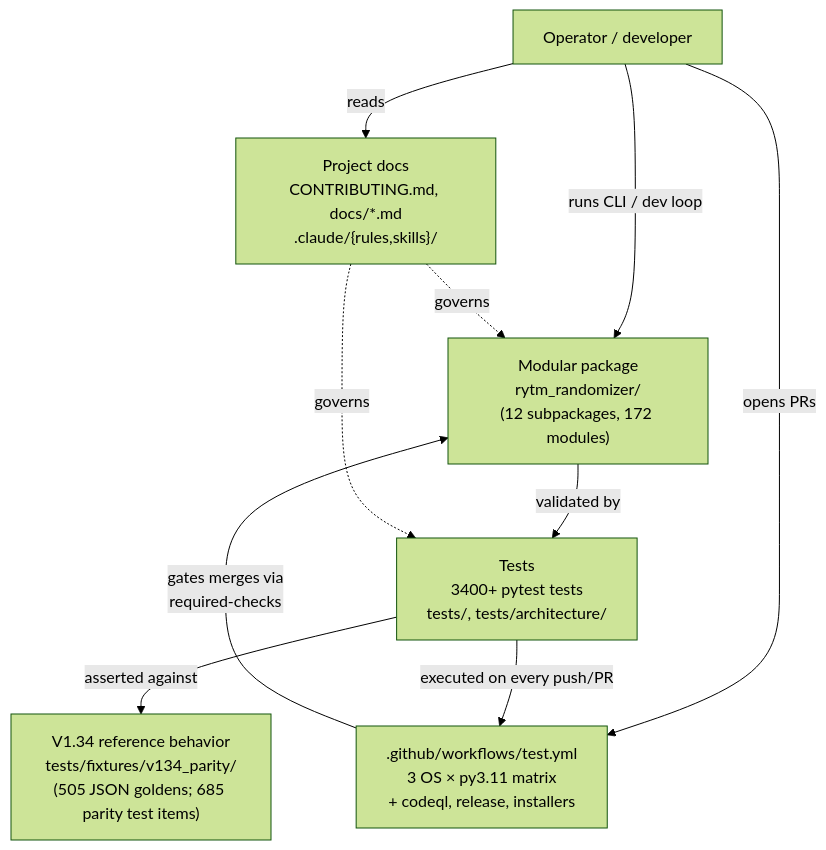
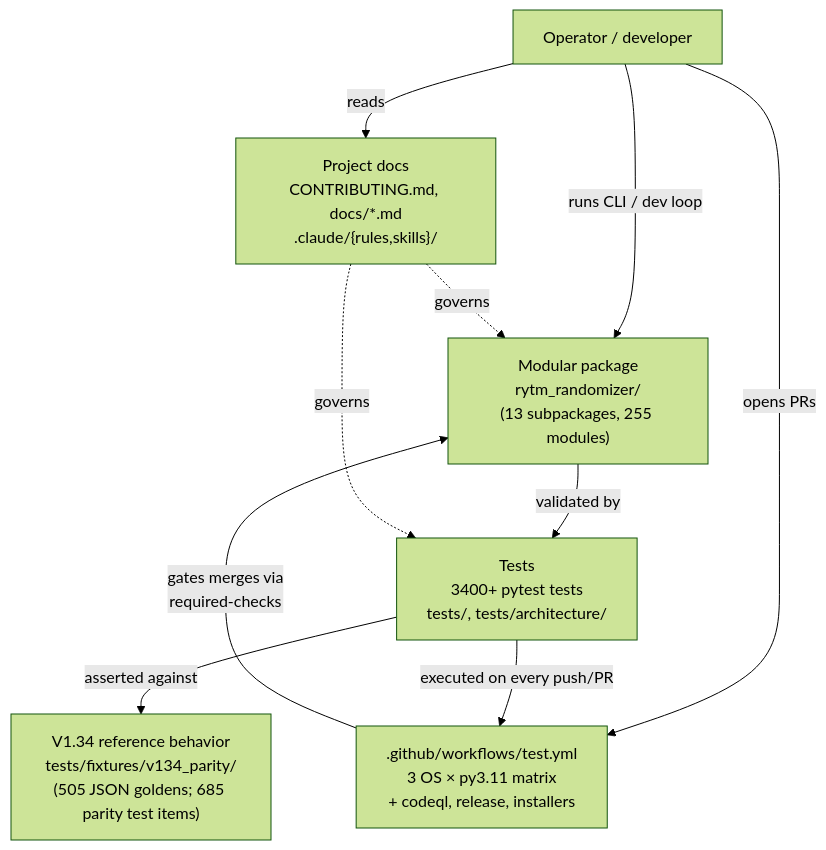
One commit to buzzijose-hub/RytmRandomizer changed the first of 34 diagrams in docs/ARCHITECTURE_DIAGRAMS.md. Above: the diagram before and after it, drawn with Mermaid (forest theme). The commit also changed other lines of this file and 15 other files, not shown here.

````diff
--- a/docs/ARCHITECTURE_DIAGRAMS.md
+++ b/docs/ARCHITECTURE_DIAGRAMS.md
@@ -47,22 +47,22 @@
 ```mermaid
 flowchart TB
     User["Operator / developer"]
     V134["V1.34 reference behavior<br/>tests/fixtures/v134_parity/<br/>(505 JSON goldens; 685 parity test items)"]
-    Package["Modular package<br/>rytm_randomizer/<br/>(12 subpackages, 172 modules)"]
+    Package["Modular package<br/>rytm_randomizer/<br/>(13 subpackages, 255 modules)"]
     Tests["Tests<br/>3400+ pytest tests<br/>tests/, tests/architecture/"]
     CI[".github/workflows/test.yml<br/>3 OS × py3.11 matrix<br/>+ codeql, release, installers"]
     Docs["Project docs<br/>CONTRIBUTING.md, docs/*.md<br/>.claude/{rules,skills}/"]
 
     User -->|"runs CLI / dev loop"| Package
     User -->|"opens PRs"| CI
     User -->|"reads"| Docs
 
     Package -->|"validated by"| Tests
     Tests -->|"asserted against"| V134
     Tests -->|"executed on every push/PR"| CI
 
     CI -->|"gates merges via<br/>required-checks"| Package
 
     Docs -.->|"governs"| Package
     Docs -.->|"governs"| Tests
 ```
````
